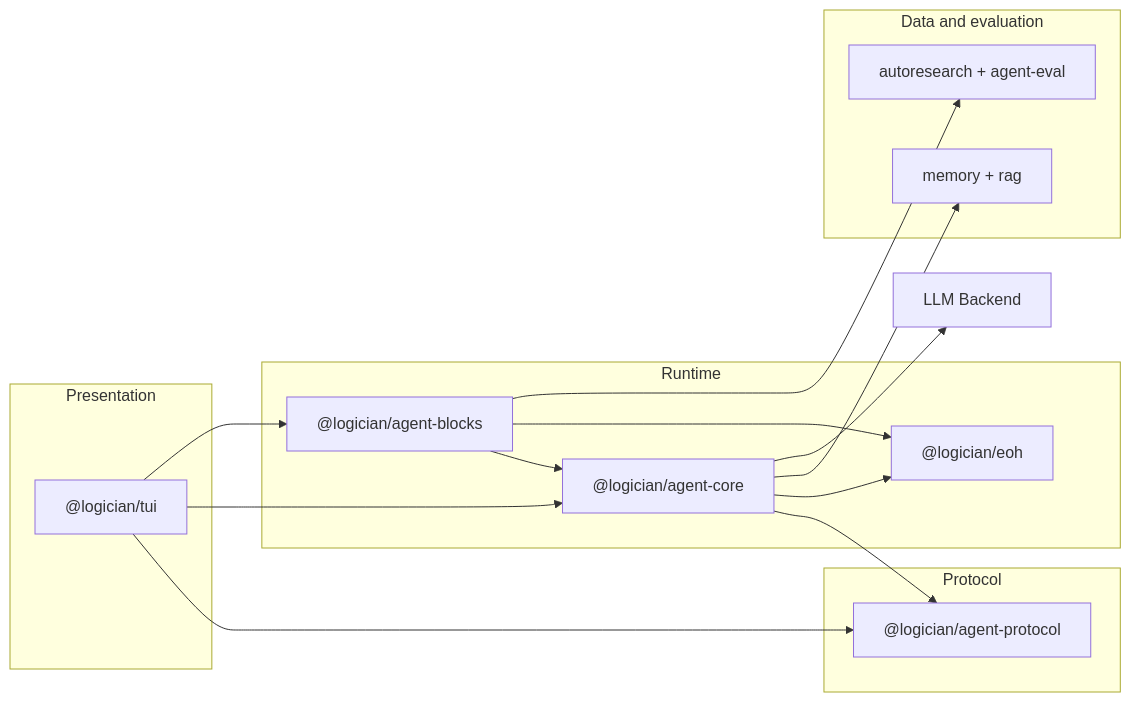
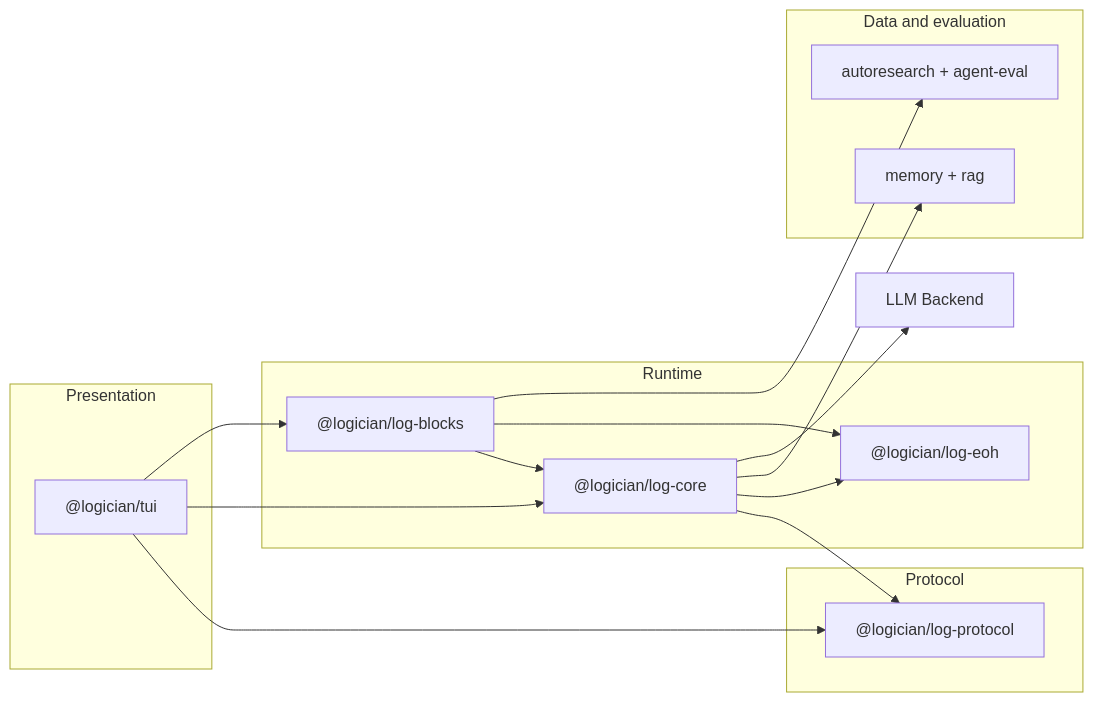
The first of 2 diagrams in docs/architecture/overview.md (lseman/logician), drawn with Mermaid before and after one commit. The commit also changed other lines of this file and 552 other files, not shown here.

First line of the commit message:
refactor: rename all @logician/ packages to @logician/log-*

````diff
--- a/docs/architecture/overview.md
+++ b/docs/architecture/overview.md
@@ -12,28 +12,28 @@
 ```mermaid
 graph LR
   subgraph Presentation
     A["@logician/tui"]
   end
   subgraph Protocol
-    P["@logician/agent-protocol"]
+    P["@logician/log-protocol"]
   end
   subgraph Runtime
-    C["@logician/agent-core"]
-    D["@logician/agent-blocks"]
-    H["@logician/eoh"]
+    C["@logician/log-core"]
+    D["@logician/log-blocks"]
+    H["@logician/log-eoh"]
   end
   subgraph DataAndEvaluation["Data and evaluation"]
     M["memory + rag"]
     E["autoresearch + agent-eval"]
   end
   A --> P
   A --> C
   C --> P
   D --> C
   D --> H
   C --> H
   A --> D
   C --> M
   D --> E
   C --> L[LLM Backend]
 ```
````
